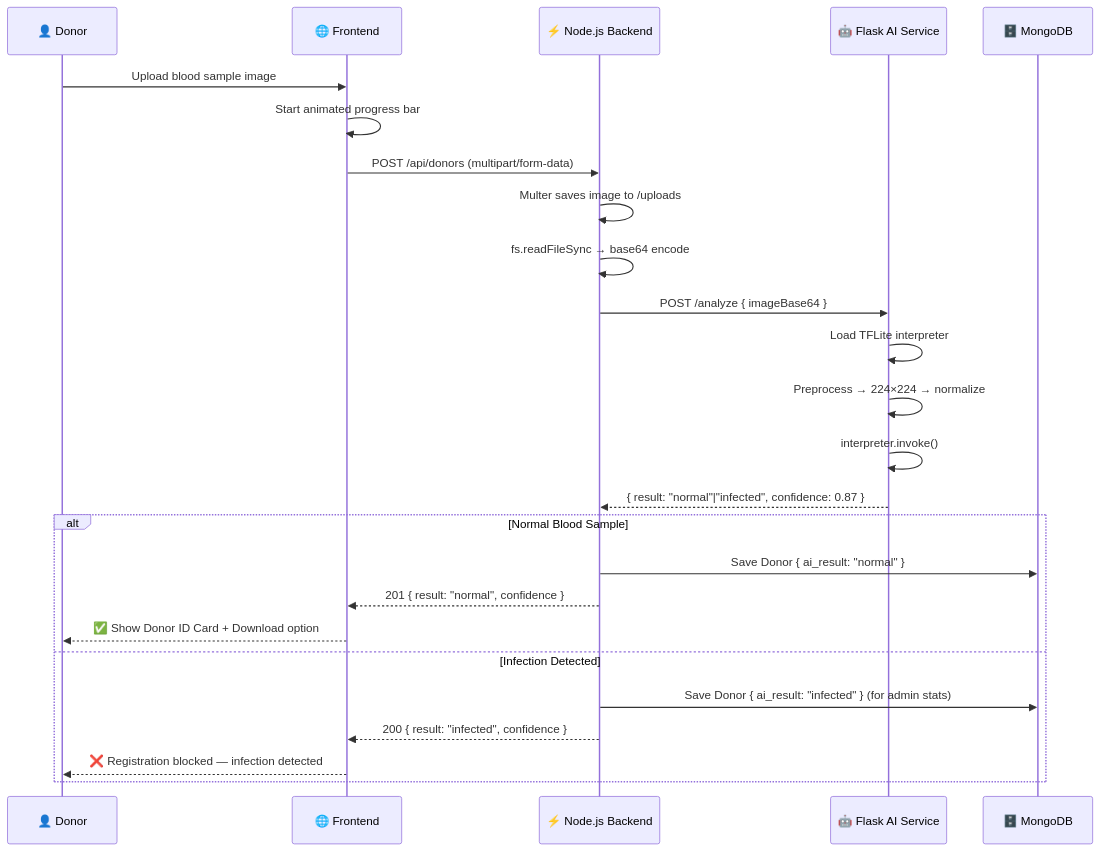
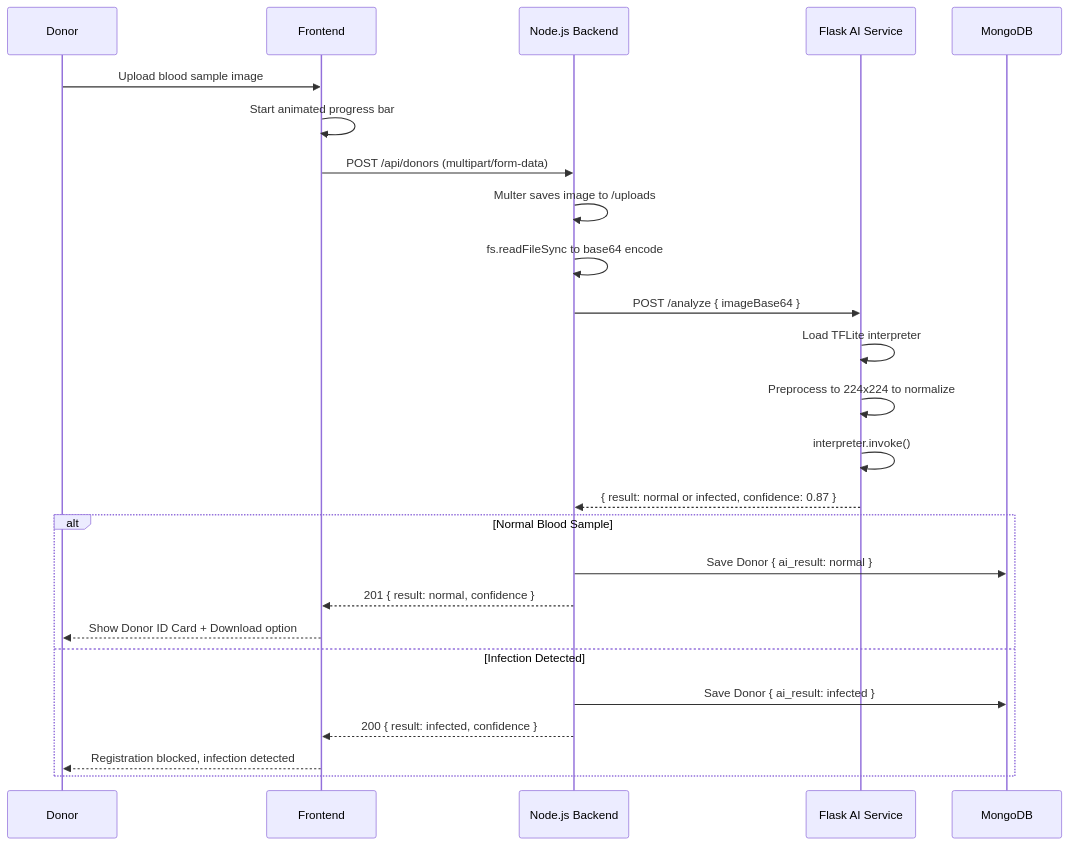
The third of 5 diagrams in README.md (rajayush6200/VitalLink), drawn with Mermaid before and after one commit. The commit also changed other lines of this file, not shown here.

Commit message:
docs: Redesign README with premium layout and fix Mermaid syntax

````diff
--- a/README.md
+++ b/README.md
@@ -380,28 +380,28 @@
 ```mermaid
 sequenceDiagram
-    participant U as 👤 Donor
-    participant F as 🌐 Frontend
-    participant B as ⚡ Node.js Backend
-    participant AI as 🤖 Flask AI Service
-    participant DB as 🗄️ MongoDB
+    participant U as Donor
+    participant F as Frontend
+    participant B as Node.js Backend
+    participant AI as Flask AI Service
+    participant DB as MongoDB
 
     U->>F: Upload blood sample image
     F->>F: Start animated progress bar
     F->>B: POST /api/donors (multipart/form-data)
     B->>B: Multer saves image to /uploads
-    B->>B: fs.readFileSync → base64 encode
+    B->>B: fs.readFileSync to base64 encode
     B->>AI: POST /analyze { imageBase64 }
     AI->>AI: Load TFLite interpreter
-    AI->>AI: Preprocess → 224×224 → normalize
+    AI->>AI: Preprocess to 224x224 to normalize
     AI->>AI: interpreter.invoke()
-    AI-->>B: { result: "normal"|"infected", confidence: 0.87 }
+    AI-->>B: { result: normal or infected, confidence: 0.87 }
     alt Normal Blood Sample
-        B->>DB: Save Donor { ai_result: "normal" }
-        B-->>F: 201 { result: "normal", confidence }
-        F-->>U: ✅ Show Donor ID Card + Download option
+        B->>DB: Save Donor { ai_result: normal }
+        B-->>F: 201 { result: normal, confidence }
+        F-->>U: Show Donor ID Card + Download option
     else Infection Detected
-        B->>DB: Save Donor { ai_result: "infected" } (for admin stats)
-        B-->>F: 200 { result: "infected", confidence }
-        F-->>U: ❌ Registration blocked — infection detected
+        B->>DB: Save Donor { ai_result: infected }
+        B-->>F: 200 { result: infected, confidence }
+        F-->>U: Registration blocked, infection detected
     end
 ```
````
